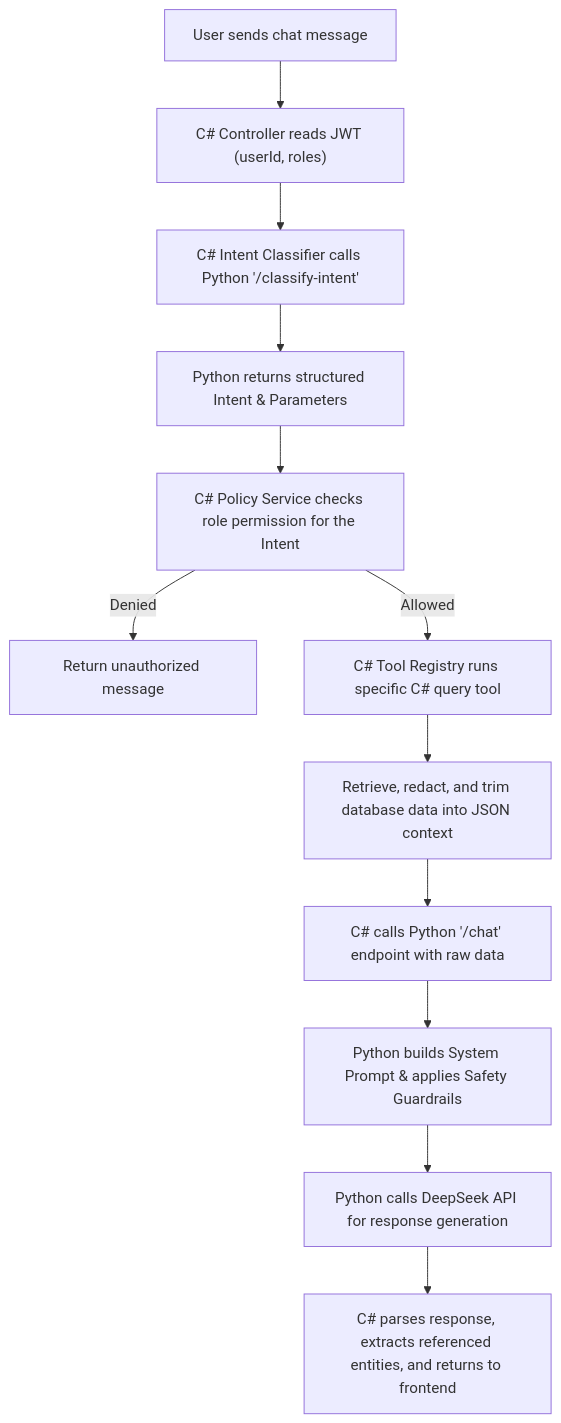
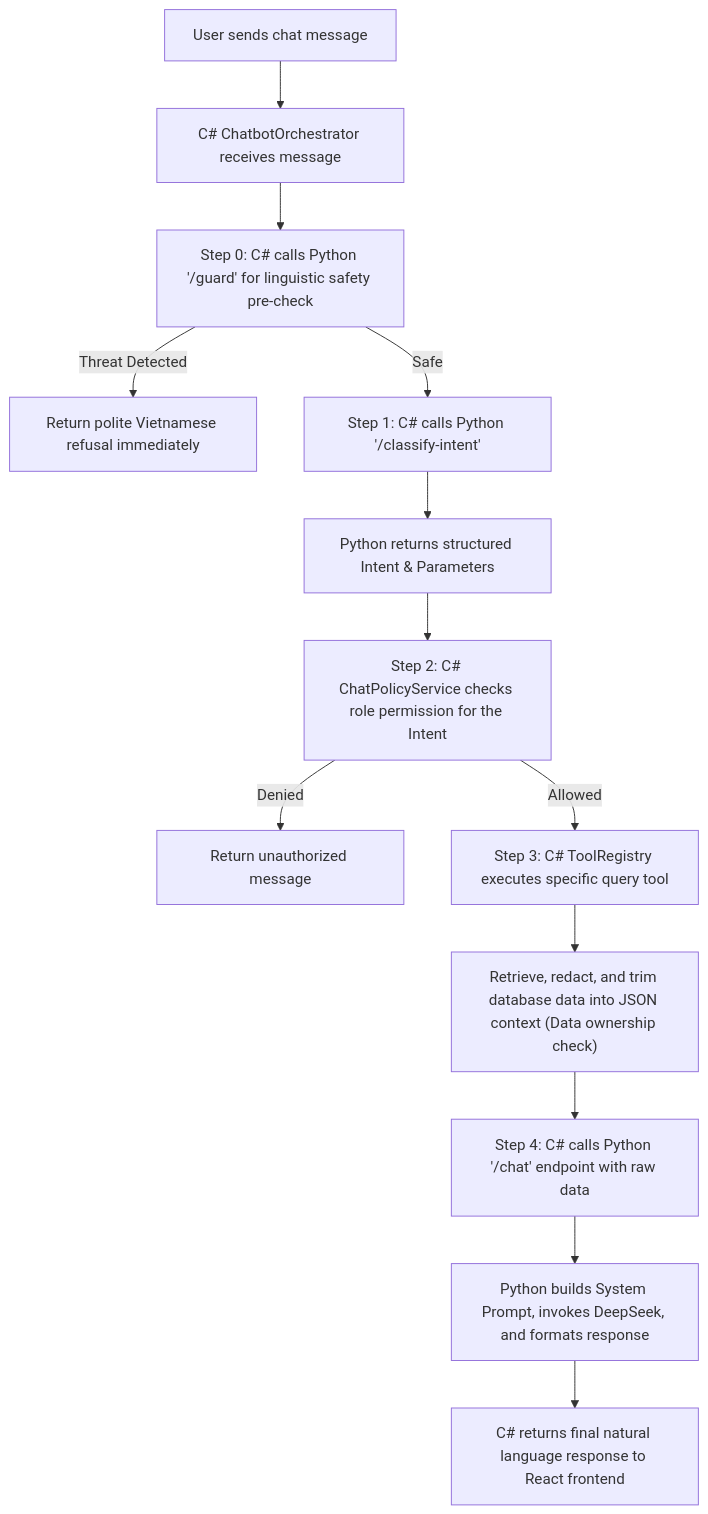
The diagram in docs/algorithms/role-aware-chatbot.md (duc19092005/galaxiad-cinema-core), drawn with Mermaid before and after one commit. The commit also changed other lines of this file, not shown here.

Commit message:
docs: update chatbot documentation with 5 new intents, 3-layer security system, and hybrid semantic search flow

````diff
--- a/docs/algorithms/role-aware-chatbot.md
+++ b/docs/algorithms/role-aware-chatbot.md
@@ -16,14 +16,15 @@
 ```mermaid
 flowchart TD
-    A["User sends chat message"] --> B["C# Controller reads JWT (userId, roles)"]
-    B --> C["C# Intent Classifier calls Python '/classify-intent'"]
-    C --> D["Python returns structured Intent & Parameters"]
-    D --> E["C# Policy Service checks role permission for the Intent"]
-    E -- Denied --> F["Return unauthorized message"]
-    E -- Allowed --> G["C# Tool Registry runs specific C# query tool"]
-    G --> H["Retrieve, redact, and trim database data into JSON context"]
-    H --> I["C# calls Python '/chat' endpoint with raw data"]
-    I --> J["Python builds System Prompt & applies Safety Guardrails"]
-    J --> K["Python calls DeepSeek API for response generation"]
-    K --> L["C# parses response, extracts referenced entities, and returns to frontend"]
+    A["User sends chat message"] --> B["C# ChatbotOrchestrator receives message"]
+    B --> C1["Step 0: C# calls Python '/guard' for linguistic safety pre-check"]
+    C1 -- Threat Detected --> C2["Return polite Vietnamese refusal immediately"]
+    C1 -- Safe --> D["Step 1: C# calls Python '/classify-intent'"]
+    D --> E["Python returns structured Intent & Parameters"]
+    E --> F["Step 2: C# ChatPolicyService checks role permission for the Intent"]
+    F -- Denied --> G["Return unauthorized message"]
+    F -- Allowed --> H["Step 3: C# ToolRegistry executes specific query tool"]
+    H --> I["Retrieve, redact, and trim database data into JSON context (Data ownership check)"]
+    I --> J["Step 4: C# calls Python '/chat' endpoint with raw data"]
+    J --> K["Python builds System Prompt, invokes DeepSeek, and formats response"]
+    K --> L["C# returns final natural language response to React frontend"]
 ```
````
